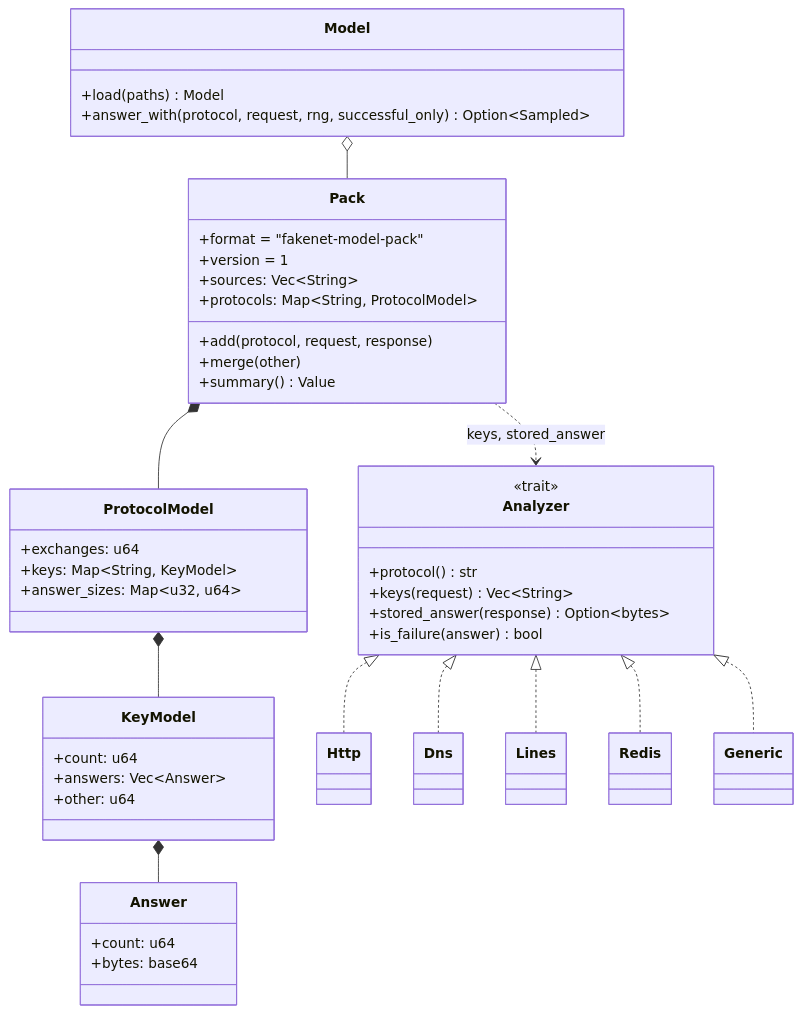
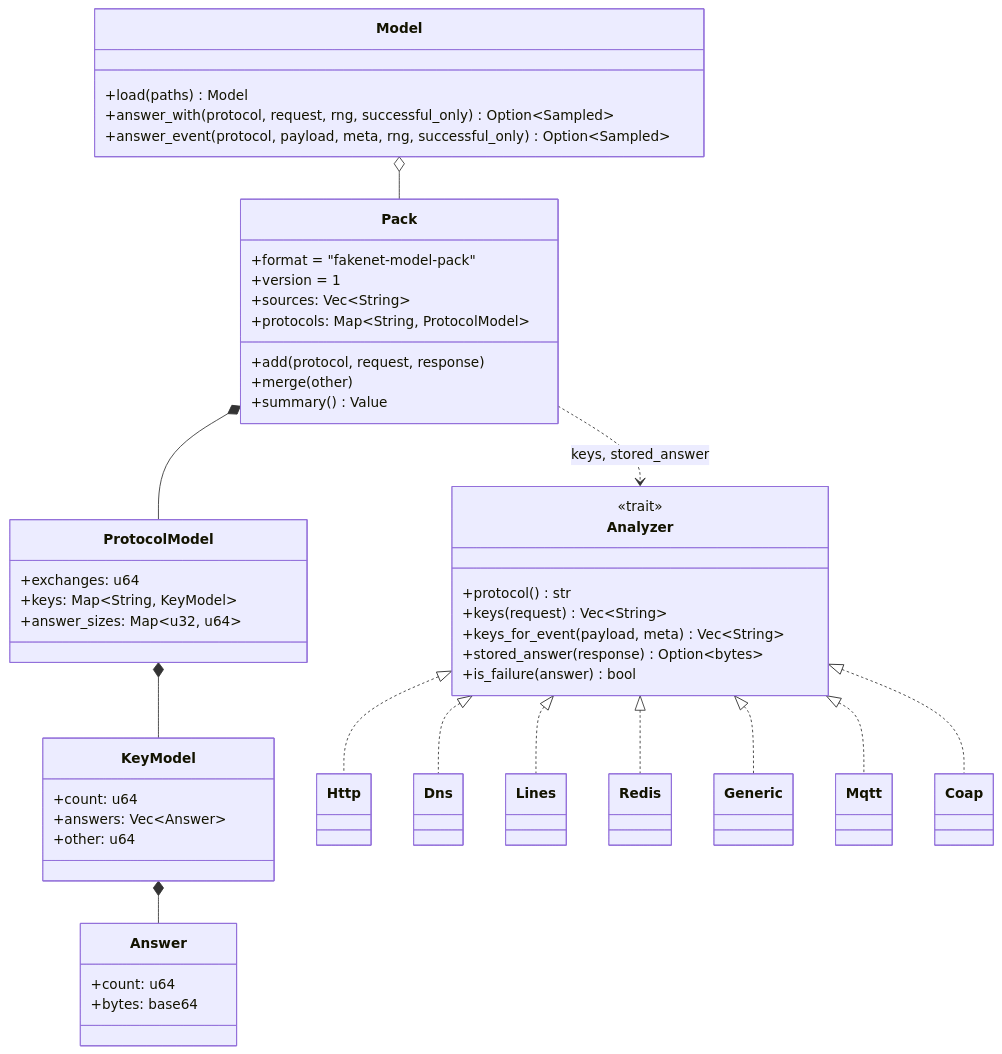
One commit to maxamin/fakenet-hybrid changed the second of 4 diagrams in design/extension-points.md. Above: the diagram before and after it, drawn with Mermaid. The commit also changed other lines of this file and 18 other files, not shown here.

````diff
--- a/design/extension-points.md
+++ b/design/extension-points.md
@@ -47,47 +48,51 @@
 ```mermaid
 classDiagram
     class Analyzer {
         <<trait>>
         +protocol() str
         +keys(request) Vec~String~
+        +keys_for_event(payload, meta) Vec~String~
         +stored_answer(response) Option~bytes~
         +is_failure(answer) bool
     }
     class Pack {
         +format = "fakenet-model-pack"
         +version = 1
         +sources: Vec~String~
         +protocols: Map~String, ProtocolModel~
         +add(protocol, request, response)
         +merge(other)
         +summary() Value
     }
     class ProtocolModel {
         +exchanges: u64
         +keys: Map~String, KeyModel~
         +answer_sizes: Map~u32, u64~
     }
     class KeyModel {
         +count: u64
         +answers: Vec~Answer~
         +other: u64
     }
     class Answer {
         +count: u64
         +bytes: base64
     }
     class Model {
         +load(paths) Model
         +answer_with(protocol, request, rng, successful_only) Option~Sampled~
+        +answer_event(protocol, payload, meta, rng, successful_only) Option~Sampled~
     }
     Analyzer <|.. Http
     Analyzer <|.. Dns
     Analyzer <|.. Lines
     Analyzer <|.. Redis
     Analyzer <|.. Generic
+    Analyzer <|.. Mqtt
+    Analyzer <|.. Coap
     Pack *-- ProtocolModel
     ProtocolModel *-- KeyModel
     KeyModel *-- Answer
     Model o-- Pack
     Pack ..> Analyzer : keys, stored_answer
 ```
````
